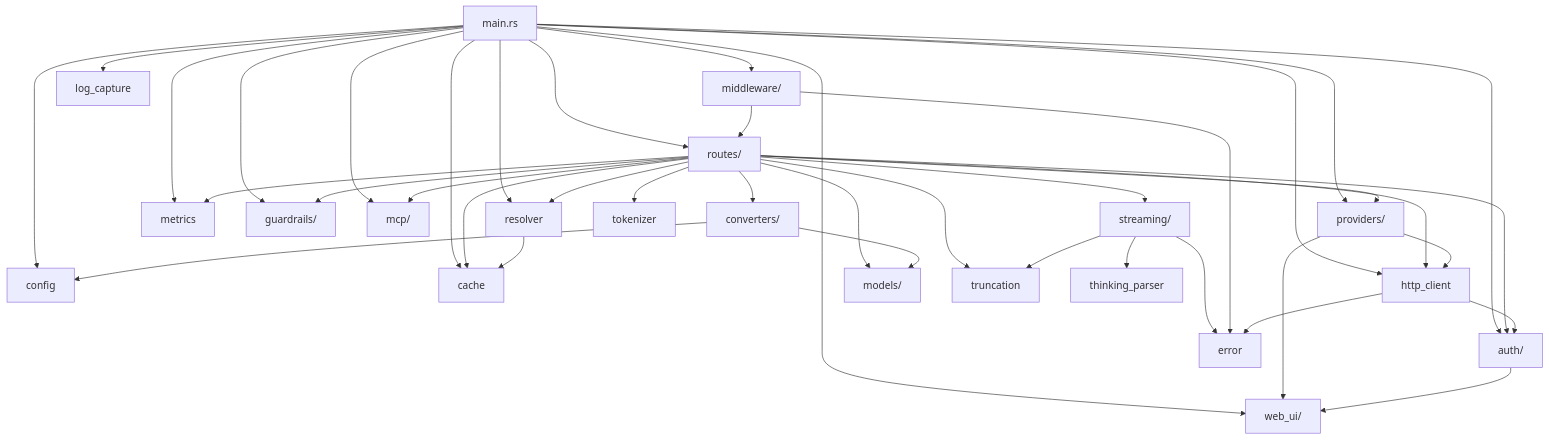
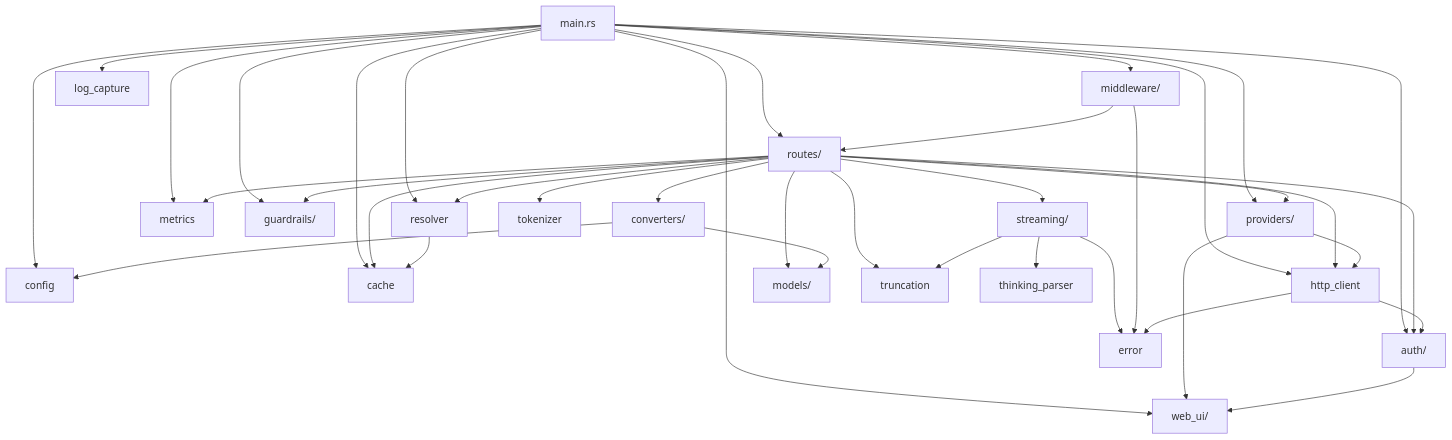
The third of 3 diagrams in gh-pages/docs/architecture/index.md (donbader/rkgw), drawn with Mermaid before and after one commit. The commit also changed other lines of this file and 66 other files, not shown here.

````diff
--- a/gh-pages/docs/architecture/index.md
+++ b/gh-pages/docs/architecture/index.md
@@ -331,50 +325,48 @@
 ```mermaid
 flowchart TD
     MAIN["main.rs"] --> CONFIG["config"]
     MAIN --> AUTH["auth/"]
     MAIN --> CACHE["cache"]
     MAIN --> RESOLVER["resolver"]
     MAIN --> HTTPC["http_client"]
     MAIN --> ROUTES["routes/"]
     MAIN --> MW["middleware/"]
     MAIN --> WEBUI["web_ui/"]
     MAIN --> METRICS["metrics"]
     MAIN --> LOGCAP["log_capture"]
     MAIN --> GUARDRAILS["guardrails/"]
-    MAIN --> MCP["mcp/"]
     MAIN --> PROVIDERS["providers/"]
 
     ROUTES --> CONVERTERS["converters/"]
     ROUTES --> STREAMING["streaming/"]
     ROUTES --> AUTH
     ROUTES --> CACHE
     ROUTES --> RESOLVER
     ROUTES --> HTTPC
     ROUTES --> MODELS["models/"]
     ROUTES --> TOKENIZER["tokenizer"]
     ROUTES --> TRUNC["truncation"]
     ROUTES --> METRICS
     ROUTES --> GUARDRAILS
-    ROUTES --> MCP
     ROUTES --> PROVIDERS
 
     PROVIDERS --> WEBUI
     PROVIDERS --> HTTPC
 
     STREAMING --> THINK["thinking_parser"]
     STREAMING --> TRUNC
     STREAMING --> ERROR["error"]
 
     CONVERTERS --> MODELS
     CONVERTERS --> CONFIG
 
     AUTH --> WEBUI
 
     MW --> ERROR
     MW --> ROUTES
 
     HTTPC --> AUTH
     HTTPC --> ERROR
 
     RESOLVER --> CACHE
 ```
````
